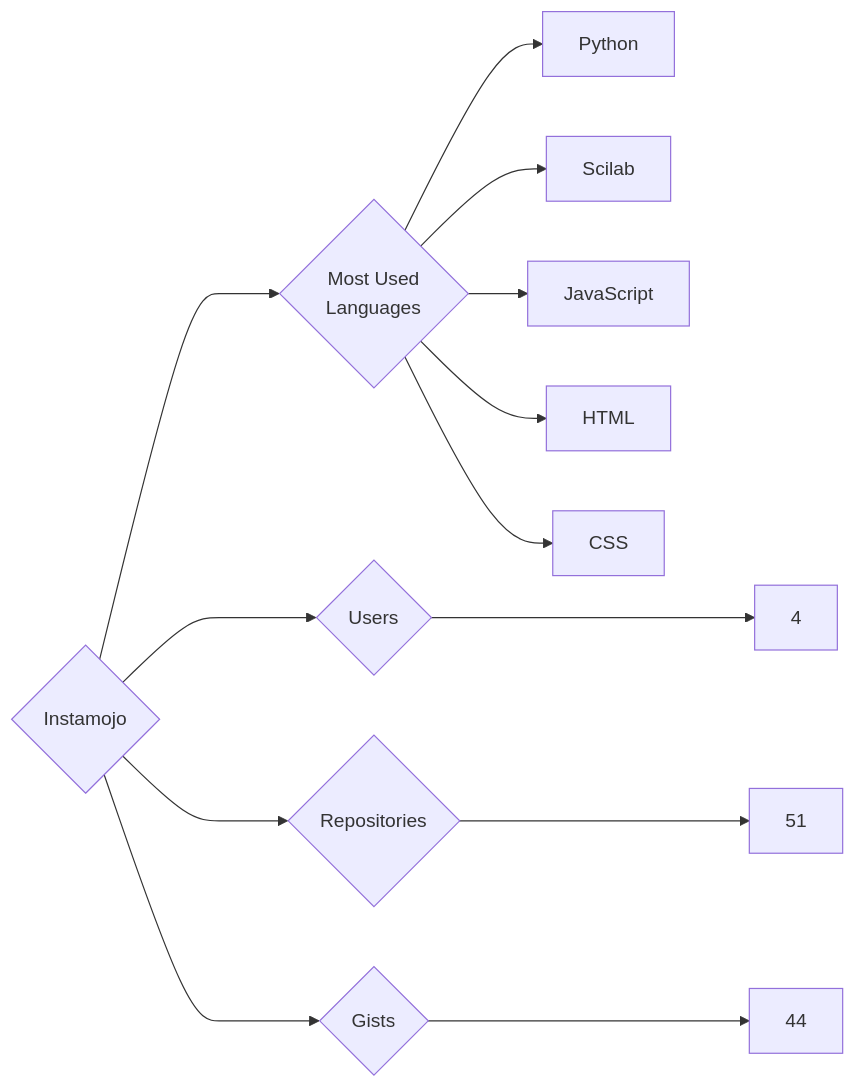
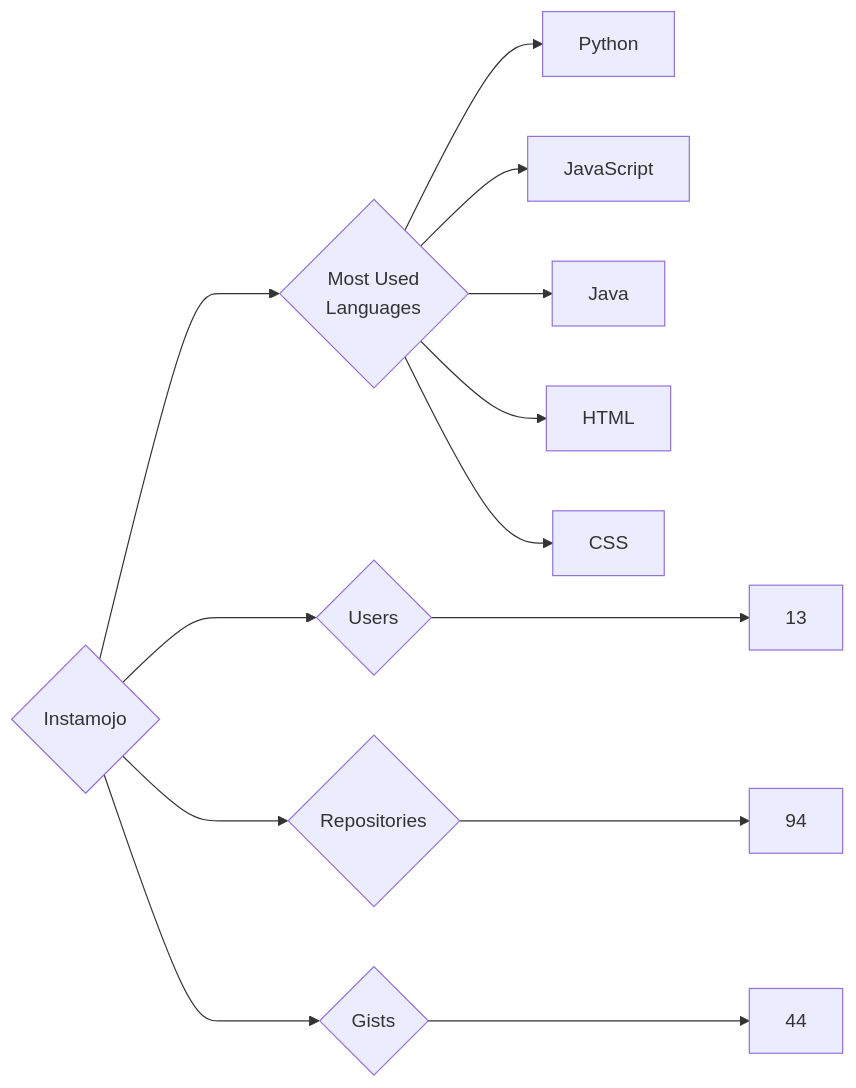
The diagram in targets/Instamojo/README.md (trickest/insiders), drawn with Mermaid before and after one commit. The commit also changed 951 other files, not shown here.

````diff
--- a/targets/Instamojo/README.md
+++ b/targets/Instamojo/README.md
@@ -3,13 +3,13 @@
 ```mermaid
 graph LR
 COMPANY_NAME{Instamojo}
-COMPANY_NAME ---> U{Users} ---> UN[4]
-COMPANY_NAME ---> R{Repositories} ---> RN[51]
+COMPANY_NAME ---> U{Users} ---> UN[13]
+COMPANY_NAME ---> R{Repositories} ---> RN[94]
 COMPANY_NAME ---> G{Gists} ---> GN[44]
 COMPANY_NAME ---> ML{Most Used<br>Languages}
-ML --> Python
-ML --> Scilab
-ML --> JavaScript
-ML --> HTML
-ML --> CSS
+ML --> Python[Python]
+ML --> JavaScript[JavaScript]
+ML --> Java[Java]
+ML --> HTML[HTML]
+ML --> CSS[CSS]
 ```
````
